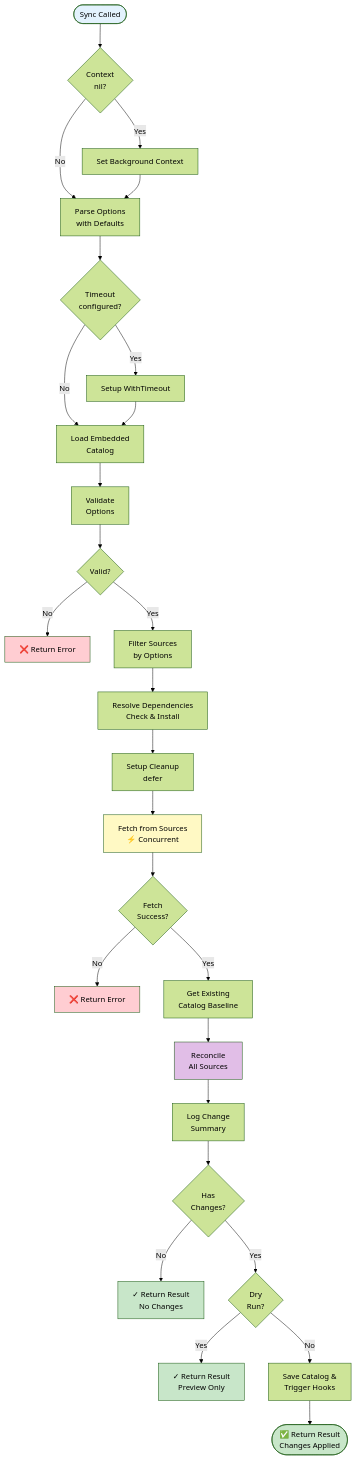
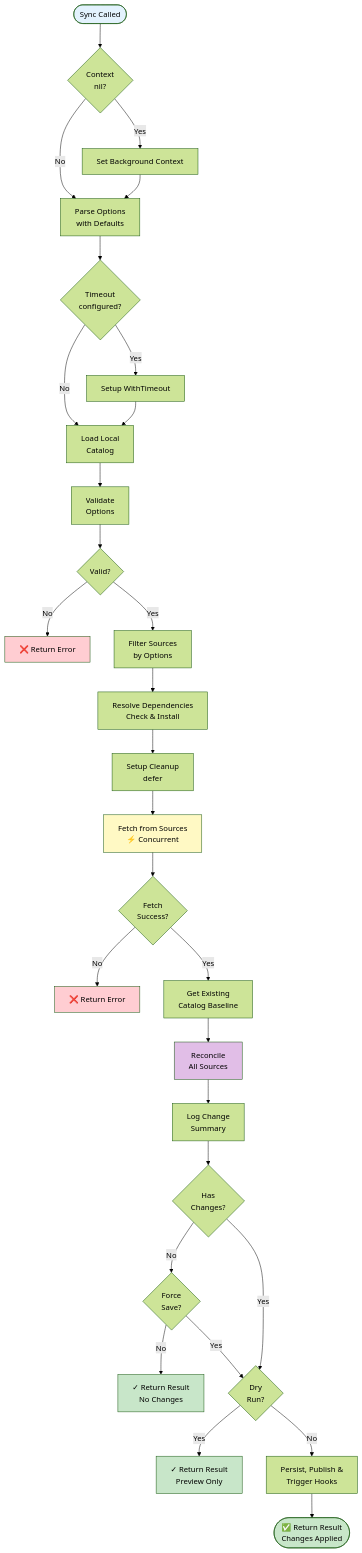
Before and after one commit to agentstation/starmap: the fifth of 8 diagrams in docs/ARCHITECTURE.md, drawn with Mermaid (forest theme). The commit also changed other lines of this file and 80 other files, not shown here.

Commit message:
chore: checkpoint architecture baseline

````diff
--- a/docs/ARCHITECTURE.md
+++ b/docs/ARCHITECTURE.md
@@ -700,45 +734,47 @@
 ```mermaid
 flowchart TD
     Start([Sync Called]) --> S1{Context<br/>nil?}
     S1 -->|Yes| S1B[Set Background Context]
     S1 -->|No| S2
     S1B --> S2[Parse Options<br/>with Defaults]
 
     S2 --> S3{Timeout<br/>configured?}
     S3 -->|Yes| S3B[Setup WithTimeout]
     S3 -->|No| S4
-    S3B --> S4[Load Embedded<br/>Catalog]
+    S3B --> S4[Load Local<br/>Catalog]
 
     S4 --> S5[Validate<br/>Options]
     S5 --> E1{Valid?}
     E1 -->|No| Error1[❌ Return Error]
     E1 -->|Yes| S6[Filter Sources<br/>by Options]
 
     S6 --> S7[Resolve Dependencies<br/>Check & Install]
     S7 --> S8[Setup Cleanup<br/>defer]
     S8 --> S9[Fetch from Sources<br/>⚡ Concurrent]
 
     S9 --> E2{Fetch<br/>Success?}
     E2 -->|No| Error2[❌ Return Error]
     E2 -->|Yes| S10[Get Existing<br/>Catalog Baseline]
 
     S10 --> S11[Reconcile<br/>All Sources]
     S11 --> S12[Log Change<br/>Summary]
 
     S12 --> D1{Has<br/>Changes?}
-    D1 -->|No| End1[✓ Return Result<br/>No Changes]
+    D1 -->|No| D1B{Force<br/>Save?}
+    D1B -->|No| End1[✓ Return Result<br/>No Changes]
+    D1B -->|Yes| D2
     D1 -->|Yes| D2{Dry<br/>Run?}
     D2 -->|Yes| End2[✓ Return Result<br/>Preview Only]
-    D2 -->|No| S13[Save Catalog &<br/>Trigger Hooks]
+    D2 -->|No| S13[Persist, Publish &<br/>Trigger Hooks]
 
     S13 --> End3([✅ Return Result<br/>Changes Applied])
 
     style Start fill:#e3f2fd
     style Error1 fill:#ffcdd2
     style Error2 fill:#ffcdd2
     style S9 fill:#fff9c4
     style S11 fill:#e1bee7
     style End1 fill:#c8e6c9
     style End2 fill:#c8e6c9
     style End3 fill:#c8e6c9
 ```
````
